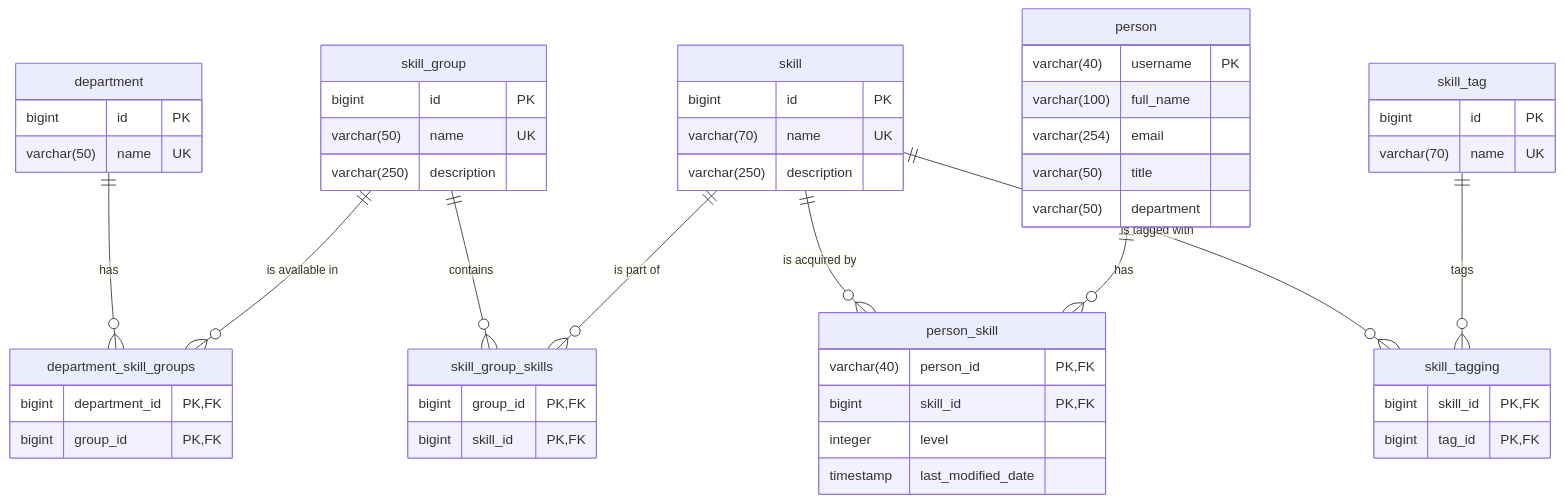
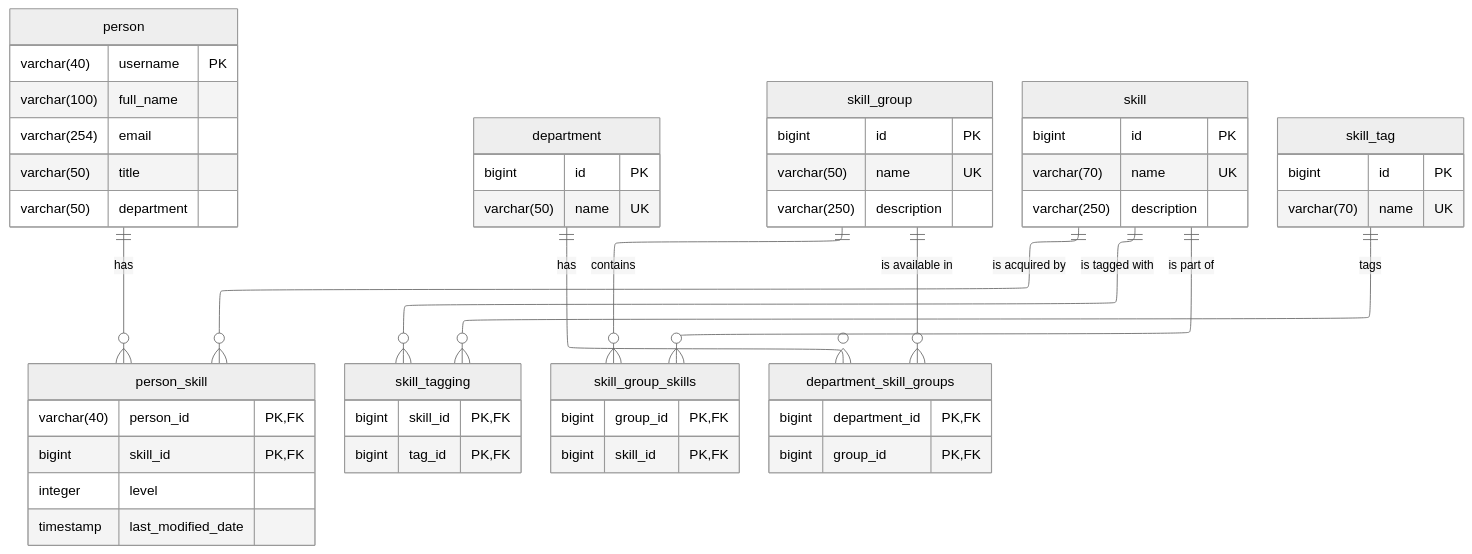
One commit to eloyAM/skillia changed the diagram in documentation/tables.mmd. Above: the diagram before and after it, drawn with Mermaid. The commit also changed 4 other files, not shown here.

Commit message:
Diagrams

```diff
--- a/documentation/tables.mmd
+++ b/documentation/tables.mmd
@@ -1,72 +1,77 @@
+---
+config:
+  theme: neutral
+  layout: elk
+---
 erDiagram
 %%    direction LR
     person {
         varchar(40) username PK
         varchar(100) full_name
         varchar(254) email
         varchar(50) title
         varchar(50) department
     }
 
     department {
         bigint id PK
         varchar(50) name UK
     }
 
     skill_group {
         bigint id PK
         varchar(50) name UK
         varchar(250) description
     }
 
     skill {
         bigint id PK
         varchar(70) name UK
         varchar(250) description
     }
 
     skill_tag {
         bigint id PK
         varchar(70) name UK
     }
 
     person_skill {
         varchar(40) person_id PK, FK
         bigint skill_id PK, FK
         integer level
         timestamp last_modified_date
     }
 
     skill_tagging {
         bigint skill_id PK, FK
         bigint tag_id PK, FK
     }
 
     skill_group_skills {
         bigint group_id PK, FK
         bigint skill_id PK, FK
     }
 
     department_skill_groups {
         bigint department_id PK, FK
         bigint group_id PK, FK
     }
 
     department ||--o{ department_skill_groups: "has"
     skill_group ||--o{ department_skill_groups: "is available in"
     skill_group ||--o{ skill_group_skills: "contains"
     skill ||--o{ person_skill: "is acquired by"
     person ||--o{ person_skill: "has"
     skill ||--o{ skill_group_skills: "is part of"
     skill ||--o{ skill_tagging: "is tagged with"
     skill_tag ||--o{ skill_tagging: "tags"
 
 %% Alternative for TB/LR direction
 %% skill||--o{skill_group_skills:"is part of"
 %% person||--o{person_skill:"has"
 %% skill||--o{skill_tagging:"is tagged with"
 %% skill_tag||--o{skill_tagging:"tags"
 %% skill||--o{person_skill:"is acquired by"
 %% skill_group||--o{skill_group_skills:"contains"
 %% skill_group||--o{department_skill_groups:"is available in"
 %% department||--o{department_skill_groups:"has"
```
